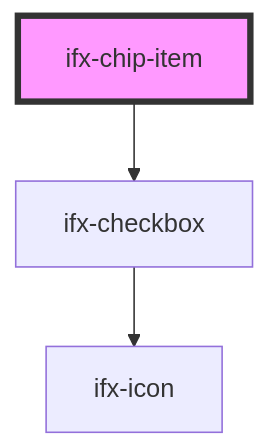
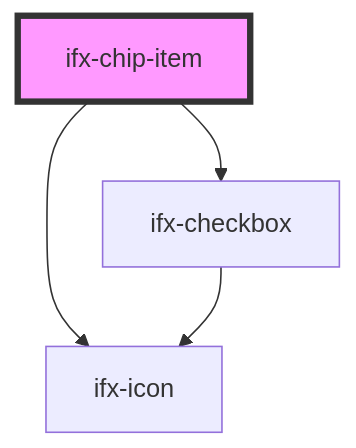
The diagram in packages/components/src/components/chip/chip-item/readme.md (Infineon/infineon-design-system-stencil), drawn with Mermaid before and after one commit. The commit also changed other lines of this file and 12 other files, not shown here.

````diff
--- a/packages/components/src/components/chip/chip-item/readme.md
+++ b/packages/components/src/components/chip/chip-item/readme.md
@@ -23,6 +32,7 @@
 ```mermaid
 graph TD;
   ifx-chip-item --> ifx-checkbox
+  ifx-chip-item --> ifx-icon
   ifx-checkbox --> ifx-icon
   style ifx-chip-item fill:#f9f,stroke:#333,stroke-width:4px
 ```
````
